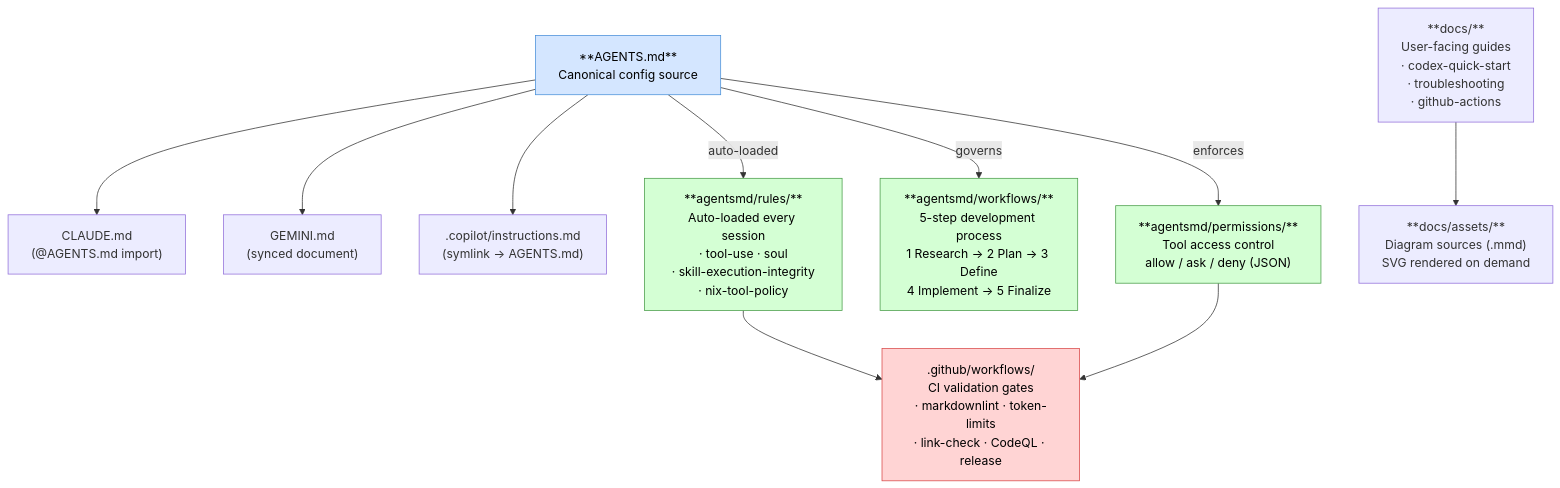
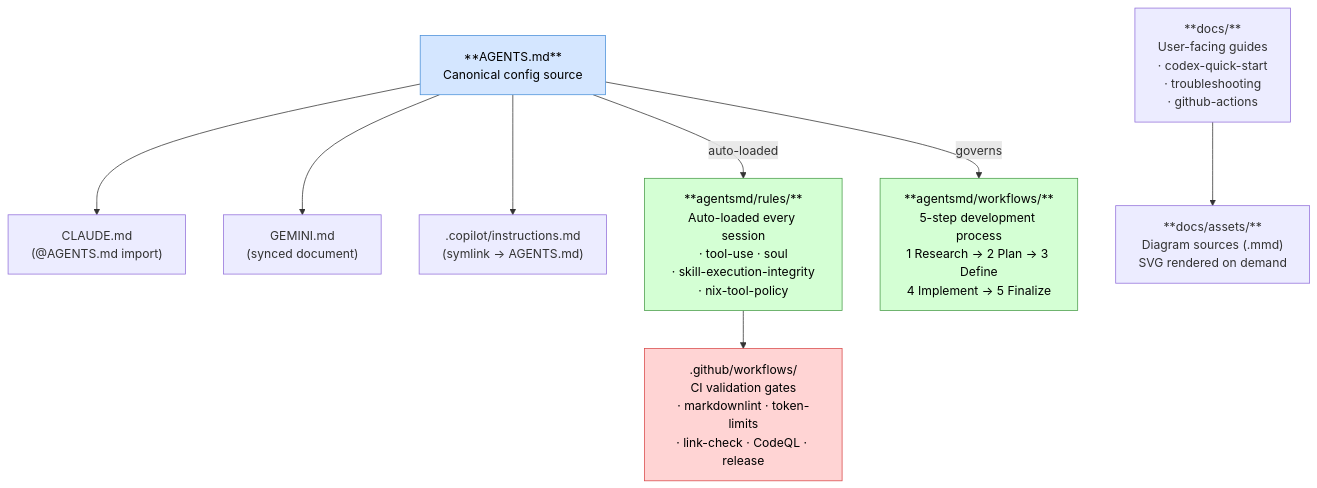
Before and after one commit to dryvist/ai-assistant-instructions: the second of 3 diagrams in docs/diagrams.md, drawn with Mermaid. The commit also changed other lines of this file and 43 other files, not shown here.

````diff
--- a/docs/diagrams.md
+++ b/docs/diagrams.md
@@ -52,32 +52,28 @@
 ```mermaid
 graph TD
     AGENTS["**AGENTS.md**\nCanonical config source"]
     CLAUDE["CLAUDE.md\n(@AGENTS.md import)"]
     GEMINI["GEMINI.md\n(synced document)"]
     COPILOT[".copilot/instructions.md\n(symlink → AGENTS.md)"]
 
     Rules["**agentsmd/rules/**\nAuto-loaded every session\n· tool-use · soul\n· skill-execution-integrity\n· nix-tool-policy"]
     Workflows["**agentsmd/workflows/**\n5-step development process\n1 Research → 2 Plan → 3 Define\n4 Implement → 5 Finalize"]
-    Permissions["**agentsmd/permissions/**\nTool access control\nallow / ask / deny (JSON)"]
 
     Docs["**docs/**\nUser-facing guides\n· codex-quick-start\n· troubleshooting\n· github-actions"]
     Assets["**docs/assets/**\nDiagram sources (.mmd)\nSVG rendered on demand"]
 
     CI[".github/workflows/\nCI validation gates\n· markdownlint · token-limits\n· link-check · CodeQL · release"]
 
     AGENTS --> CLAUDE
     AGENTS --> GEMINI
     AGENTS --> COPILOT
     AGENTS -->|"auto-loaded"| Rules
     AGENTS -->|"governs"| Workflows
-    AGENTS -->|"enforces"| Permissions
     Rules --> CI
-    Permissions --> CI
     Docs --> Assets
 
     style AGENTS fill:#d4e6ff,stroke:#4a90d9,color:#000
     style Rules fill:#d4ffd4,stroke:#4a9d4a,color:#000
     style Workflows fill:#d4ffd4,stroke:#4a9d4a,color:#000
-    style Permissions fill:#d4ffd4,stroke:#4a9d4a,color:#000
     style CI fill:#ffd4d4,stroke:#d94a4a,color:#000
 ```
````
